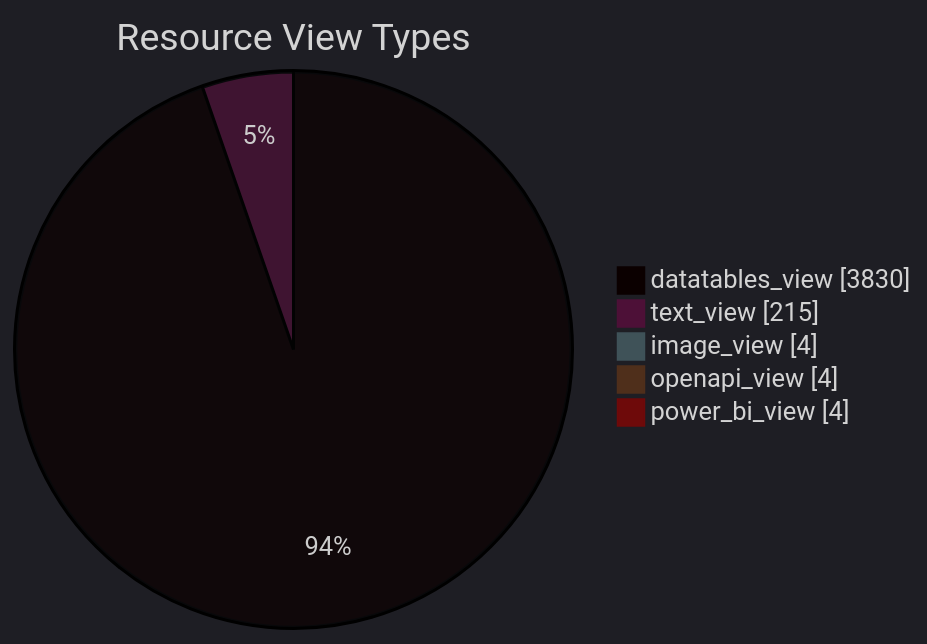
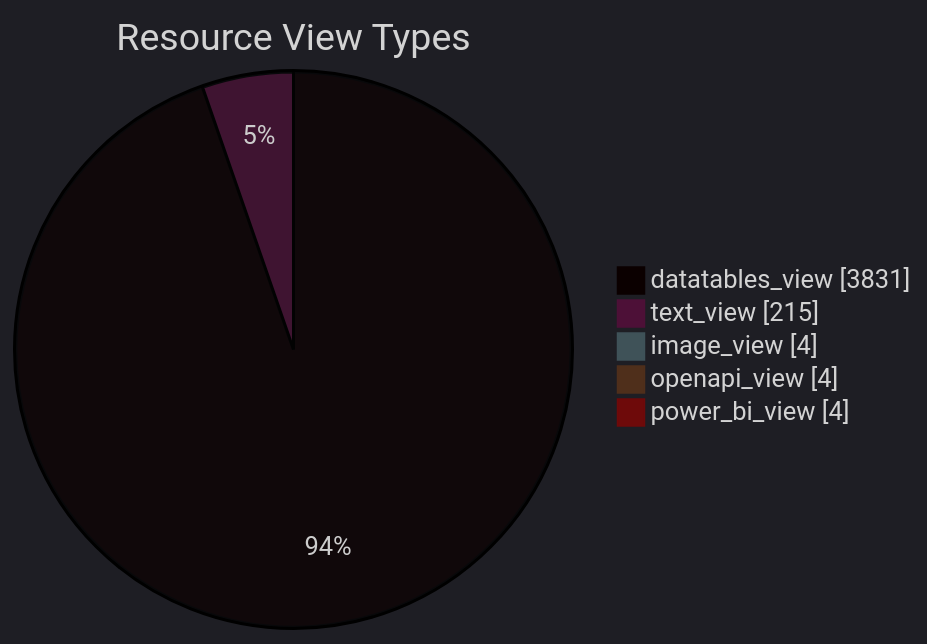
One commit to open-data/analytics-corporate-reporting changed the diagram in datastore_tracker/resource_view_types_pie_chart.md. Above: the diagram before and after it, drawn with Mermaid. The commit also changed 11 other files, not shown here.

````diff
--- a/datastore_tracker/resource_view_types_pie_chart.md
+++ b/datastore_tracker/resource_view_types_pie_chart.md
@@ -2,12 +2,12 @@
 ```mermaid
 ---
 config:
   theme: dark
 ---
 pie showData title Resource View Types
-    "datatables_view": 3830
+    "datatables_view": 3831
     "text_view": 215
     "image_view": 4
     "openapi_view": 4
     "power_bi_view": 4
 ```
````
